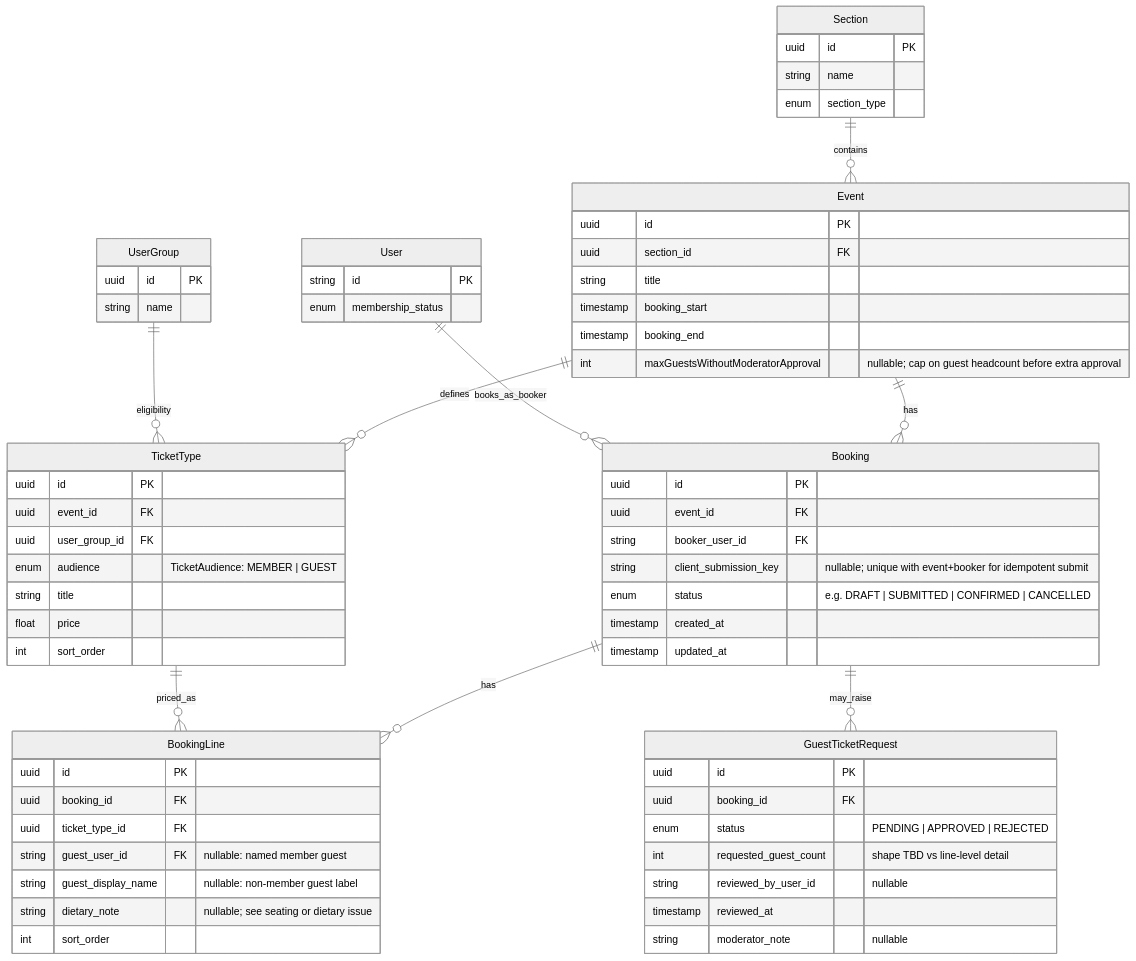
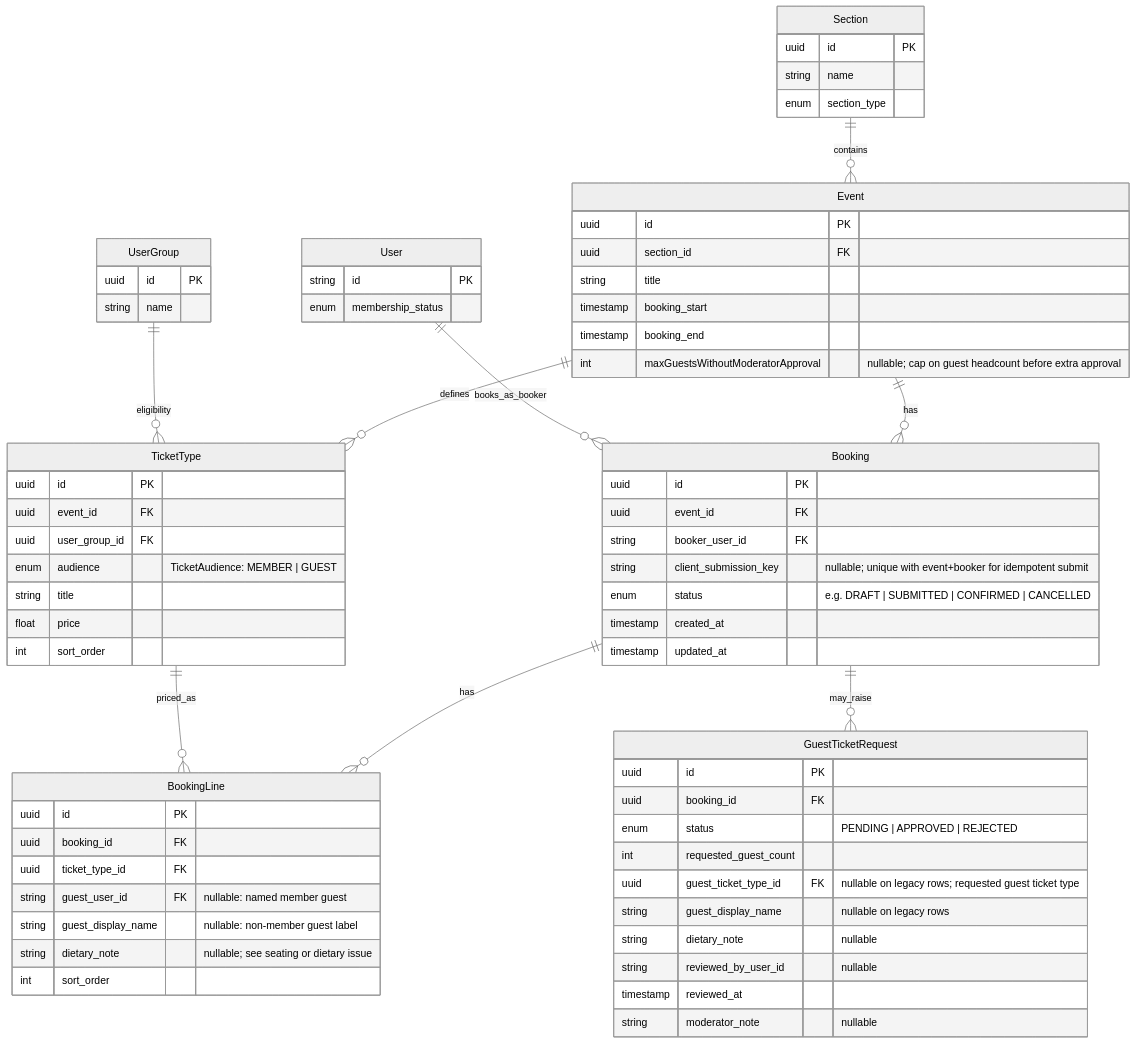
The diagram in docs/architecture/booking-data-model.md (rafsodc/sodc-web), drawn with Mermaid (neutral theme) before and after one commit. The commit also changed other lines of this file and 18 other files, not shown here.

````diff
--- a/docs/architecture/booking-data-model.md
+++ b/docs/architecture/booking-data-model.md
@@ -13,76 +13,79 @@
 ```mermaid
 erDiagram
   Section ||--o{ Event : contains
   Event ||--o{ TicketType : defines
   Event ||--o{ Booking : has
   User ||--o{ Booking : books_as_booker
   Booking ||--o{ BookingLine : has
   TicketType ||--o{ BookingLine : priced_as
   UserGroup ||--o{ TicketType : eligibility
   Booking ||--o{ GuestTicketRequest : may_raise
 
   Section {
     uuid id PK
     string name
     enum section_type
   }
 
   Event {
     uuid id PK
     uuid section_id FK
     string title
     timestamp booking_start
     timestamp booking_end
     int maxGuestsWithoutModeratorApproval "nullable; cap on guest headcount before extra approval"
   }
 
   TicketType {
     uuid id PK
     uuid event_id FK
     uuid user_group_id FK
     enum audience "TicketAudience: MEMBER | GUEST"
     string title
     float price
     int sort_order
   }
 
   User {
     string id PK
     enum membership_status
   }
 
   UserGroup {
     uuid id PK
     string name
   }
 
   Booking {
     uuid id PK
     uuid event_id FK
     string booker_user_id FK
     string client_submission_key "nullable; unique with event+booker for idempotent submit"
     enum status "e.g. DRAFT | SUBMITTED | CONFIRMED | CANCELLED"
     timestamp created_at
     timestamp updated_at
   }
 
   BookingLine {
     uuid id PK
     uuid booking_id FK
     uuid ticket_type_id FK
     string guest_user_id FK "nullable: named member guest"
     string guest_display_name "nullable: non-member guest label"
     string dietary_note "nullable; see seating or dietary issue"
     int sort_order
   }
 
   GuestTicketRequest {
     uuid id PK
     uuid booking_id FK
     enum status "PENDING | APPROVED | REJECTED"
-    int requested_guest_count "shape TBD vs line-level detail"
+    int requested_guest_count
+    uuid guest_ticket_type_id FK "nullable on legacy rows; requested guest ticket type"
+    string guest_display_name "nullable on legacy rows"
+    string dietary_note "nullable"
     string reviewed_by_user_id "nullable"
     timestamp reviewed_at
     string moderator_note "nullable"
   }
 ```
````
